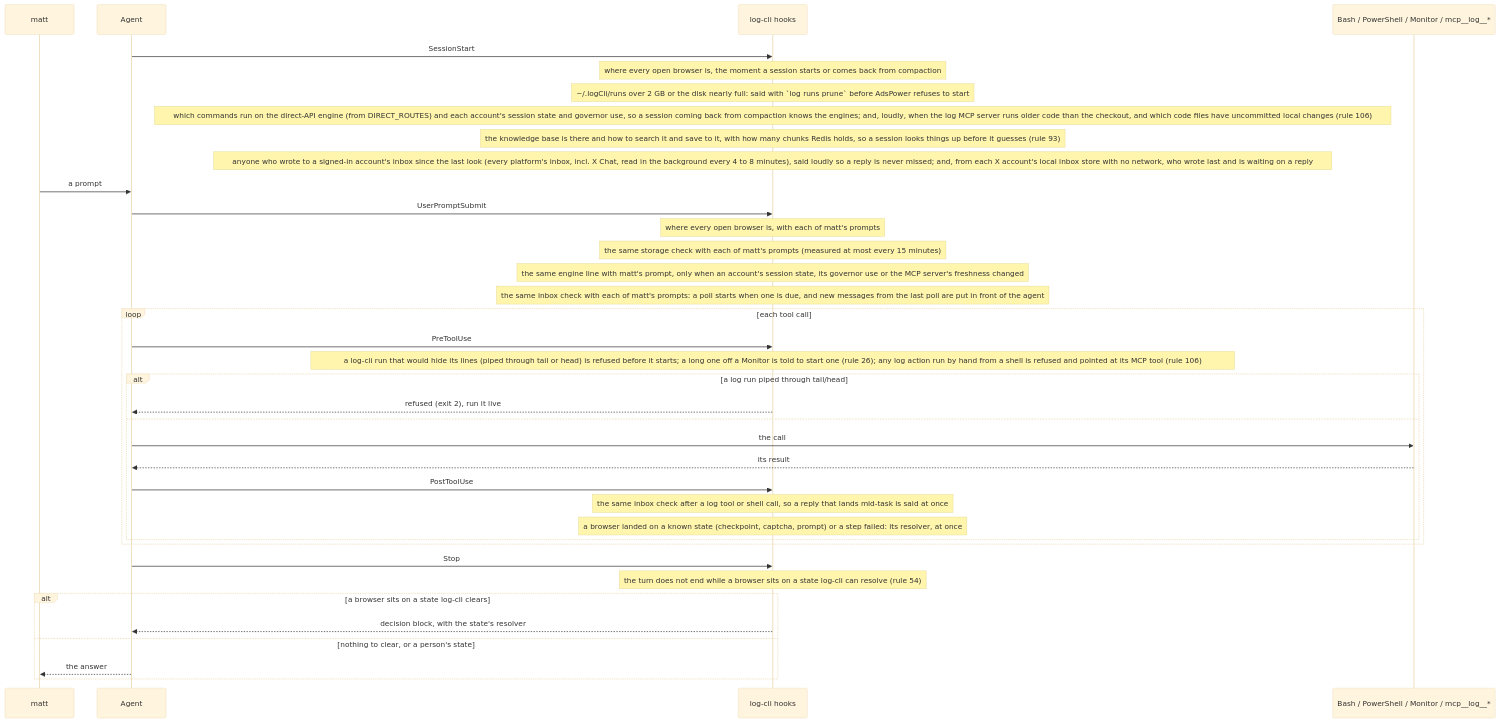
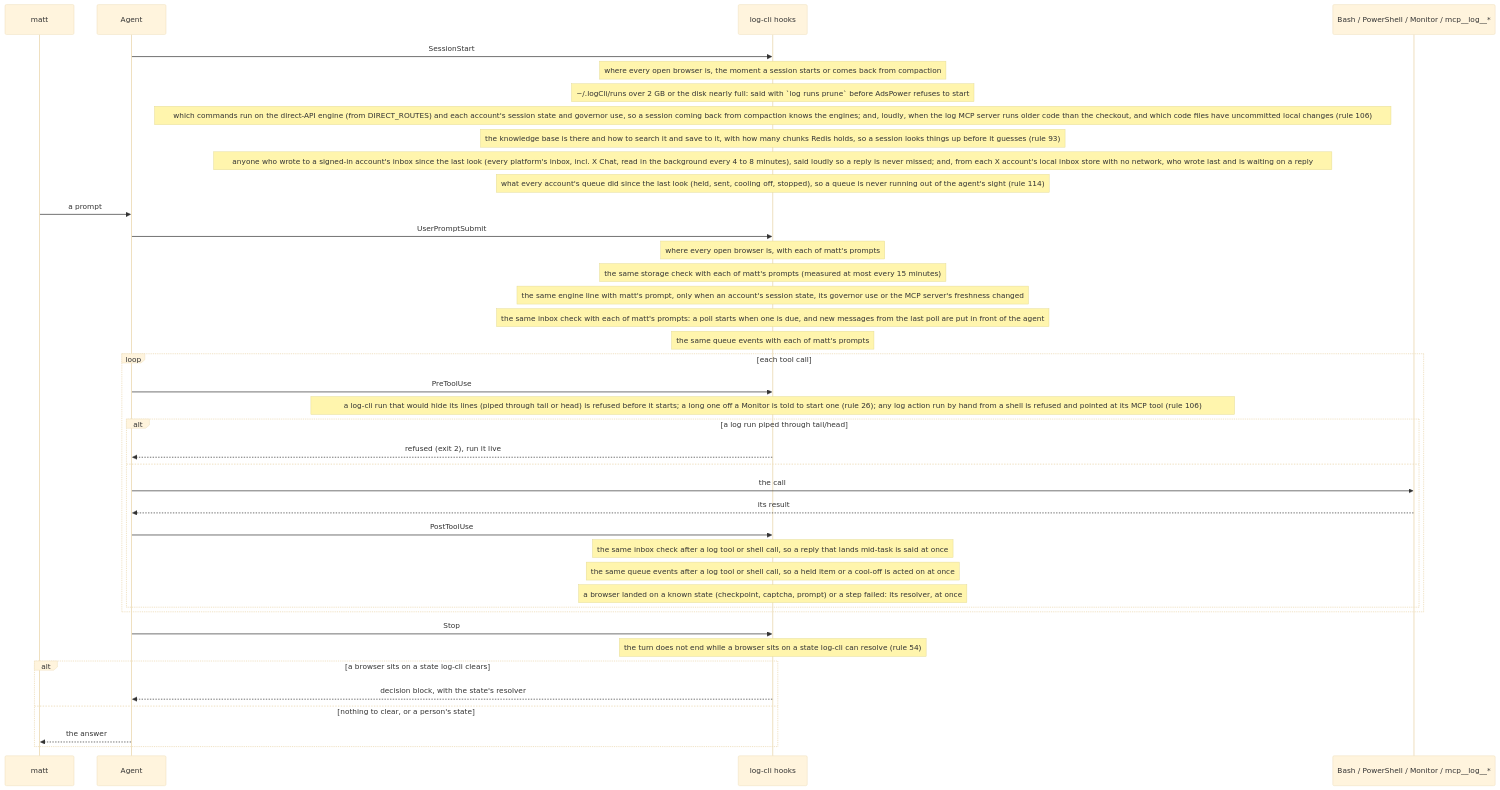
The diagram in docs/diagrams/hooks.mmd (matthewdonsemail-lab/log), drawn with Mermaid (base theme) before and after one commit. The commit also changed 15 other files, not shown here.

Commit message:
feat: the queue's events reach the agent's context through a hook (rule 114)

```diff
--- a/docs/diagrams/hooks.mmd
+++ b/docs/diagrams/hooks.mmd
@@ -1,39 +1,42 @@
 %% The hooks in one turn. Written from `AGENT_HOOKS` (`src/agentHooks/registry`); the same list gives Claude Code's `.claude/settings.json` and Codex's `.codex/hooks.json`.
 %% Written by `bun run docs:build` from the code (rule 56). Not edited by hand.
 sequenceDiagram
   participant matt
   participant Agent
   participant Hook as log-cli hooks
   participant Tool as Bash / PowerShell / Monitor / mcp__log__*
   Agent->>Hook: SessionStart
   Note over Hook: where every open browser is, the moment a session starts or comes back from compaction
   Note over Hook: ~/.logCli/runs over 2 GB or the disk nearly full: said with `log runs prune` before AdsPower refuses to start
   Note over Hook: which commands run on the direct-API engine (from DIRECT_ROUTES) and each account's session state and governor use, so a session coming back from compaction knows the engines#59; and, loudly, when the log MCP server runs older code than the checkout, and which code files have uncommitted local changes (rule 106)
   Note over Hook: the knowledge base is there and how to search it and save to it, with how many chunks Redis holds, so a session looks things up before it guesses (rule 93)
   Note over Hook: anyone who wrote to a signed-in account's inbox since the last look (every platform's inbox, incl. X Chat, read in the background every 4 to 8 minutes), said loudly so a reply is never missed#59; and, from each X account's local inbox store with no network, who wrote last and is waiting on a reply
+  Note over Hook: what every account's queue did since the last look (held, sent, cooling off, stopped), so a queue is never running out of the agent's sight (rule 114)
   matt->>Agent: a prompt
   Agent->>Hook: UserPromptSubmit
   Note over Hook: where every open browser is, with each of matt's prompts
   Note over Hook: the same storage check with each of matt's prompts (measured at most every 15 minutes)
   Note over Hook: the same engine line with matt's prompt, only when an account's session state, its governor use or the MCP server's freshness changed
   Note over Hook: the same inbox check with each of matt's prompts: a poll starts when one is due, and new messages from the last poll are put in front of the agent
+  Note over Hook: the same queue events with each of matt's prompts
   loop each tool call
     Agent->>Hook: PreToolUse
     Note over Hook: a log-cli run that would hide its lines (piped through tail or head) is refused before it starts#59; a long one off a Monitor is told to start one (rule 26)#59; any log action run by hand from a shell is refused and pointed at its MCP tool (rule 106)
     alt a log run piped through tail/head
       Hook-->>Agent: refused (exit 2), run it live
     else
       Agent->>Tool: the call
       Tool-->>Agent: its result
       Agent->>Hook: PostToolUse
     Note over Hook: the same inbox check after a log tool or shell call, so a reply that lands mid-task is said at once
+    Note over Hook: the same queue events after a log tool or shell call, so a held item or a cool-off is acted on at once
     Note over Hook: a browser landed on a known state (checkpoint, captcha, prompt) or a step failed: its resolver, at once
     end
   end
   Agent->>Hook: Stop
   Note over Hook: the turn does not end while a browser sits on a state log-cli can resolve (rule 54)
   alt a browser sits on a state log-cli clears
     Hook-->>Agent: decision block, with the state's resolver
   else nothing to clear, or a person's state
     Agent-->>matt: the answer
   end
```
